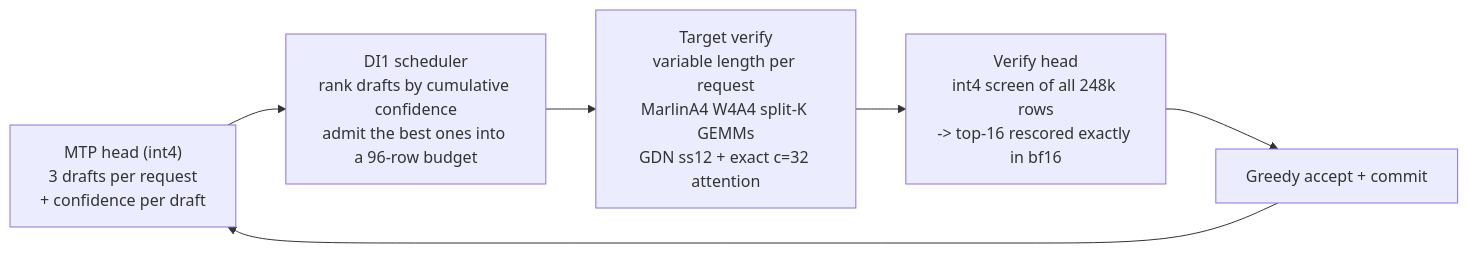
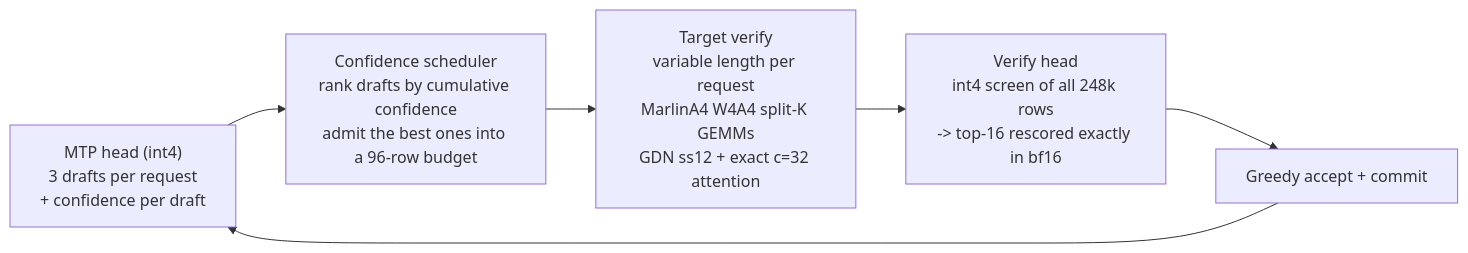
One commit to atdev-company/atdev-serve changed the second of 2 diagrams in README.md. Above: the diagram before and after it, drawn with Mermaid. The commit also changed other lines of this file and 120 other files, not shown here.

````diff
--- a/README.md
+++ b/README.md
@@ -152,8 +152,8 @@
 ```mermaid
 flowchart LR
-    A["MTP head (int4)<br/>3 drafts per request<br/>+ confidence per draft"] --> B["DI1 scheduler<br/>rank drafts by cumulative confidence<br/>admit the best ones into a 96-row budget"]
+    A["MTP head (int4)<br/>3 drafts per request<br/>+ confidence per draft"] --> B["Confidence scheduler<br/>rank drafts by cumulative confidence<br/>admit the best ones into a 96-row budget"]
     B --> C["Target verify<br/>variable length per request<br/>MarlinA4 W4A4 split-K GEMMs<br/>GDN ss12 + exact c=32 attention"]
     C --> D["Verify head<br/>int4 screen of all 248k rows<br/>-> top-16 rescored exactly in bf16"]
     D --> E["Greedy accept + commit"]
     E --> A
 ```
````
